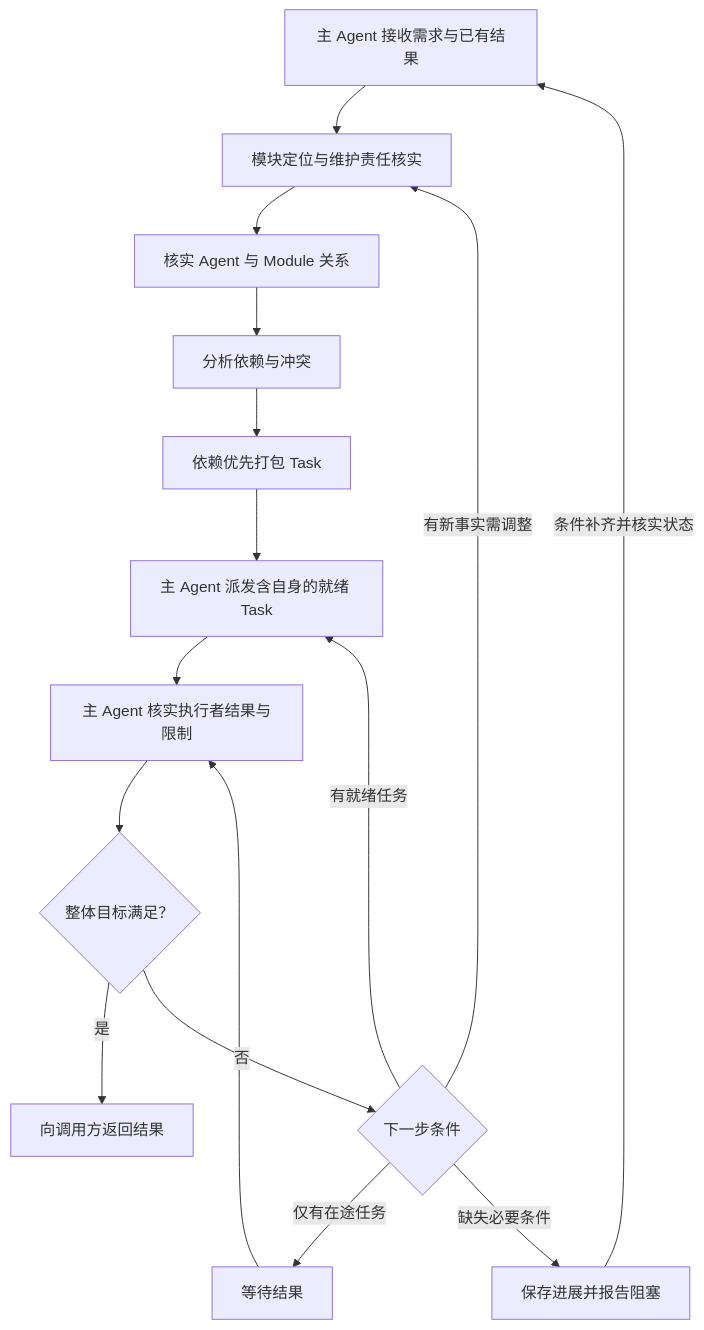
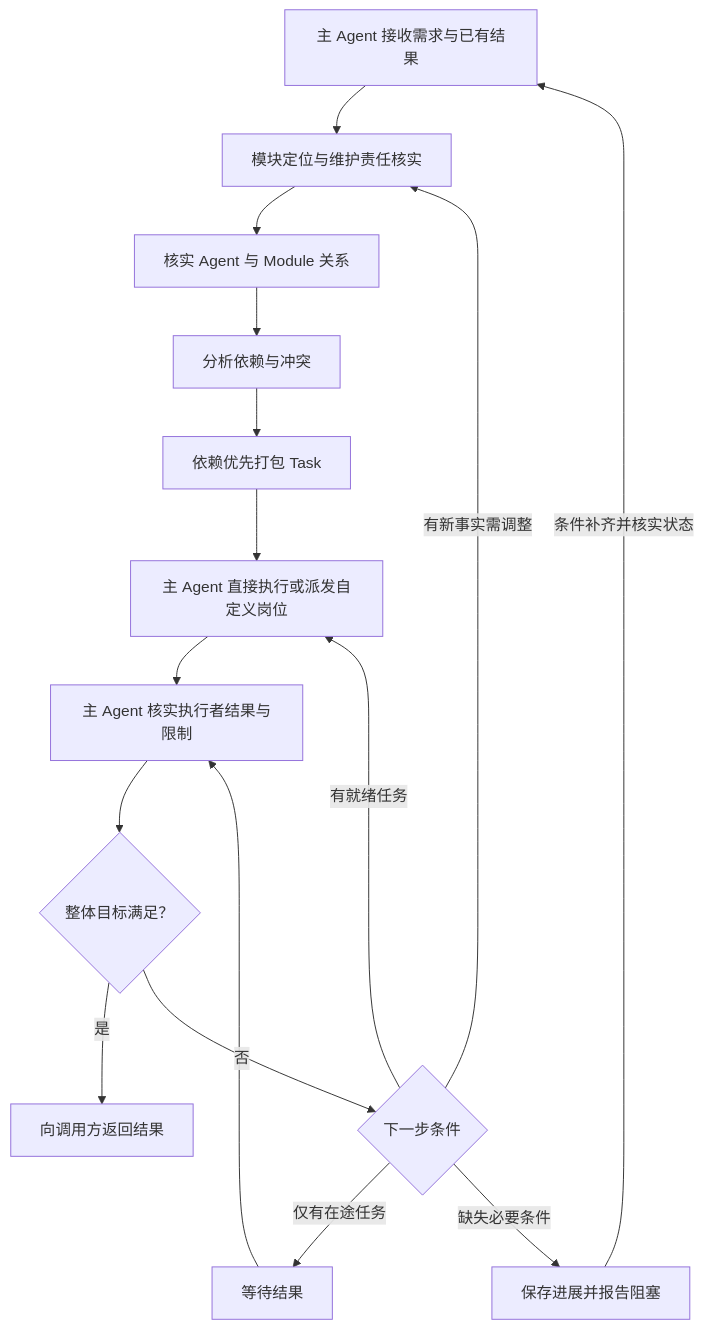
Before and after one commit to nan023062/cbim: the diagram in design/task/task-loop.md, drawn with Mermaid. The commit also changed other lines of this file and 216 other files, not shown here.

````diff
--- a/design/task/task-loop.md
+++ b/design/task/task-loop.md
@@ -108,18 +108,18 @@
 ```mermaid
 flowchart TD
     A[主 Agent 接收需求与已有结果] --> B[模块定位与维护责任核实]
     B --> C[核实 Agent 与 Module 关系]
     C --> D[分析依赖与冲突]
     D --> E[依赖优先打包 Task]
-    E --> F[主 Agent 派发含自身的就绪 Task]
+    E --> F[主 Agent 直接执行或派发自定义岗位]
     F --> G[主 Agent 核实执行者结果与限制]
     G --> H{整体目标满足？}
     H -->|是| I[向调用方返回结果]
     H -->|否| J{下一步条件}
     J -->|有新事实需调整| B
     J -->|有就绪任务| F
     J -->|仅有在途任务| K[等待结果]
     K --> G
     J -->|缺失必要条件| L[保存进展并报告阻塞]
     L -->|条件补齐并核实状态| A
 ```
````
